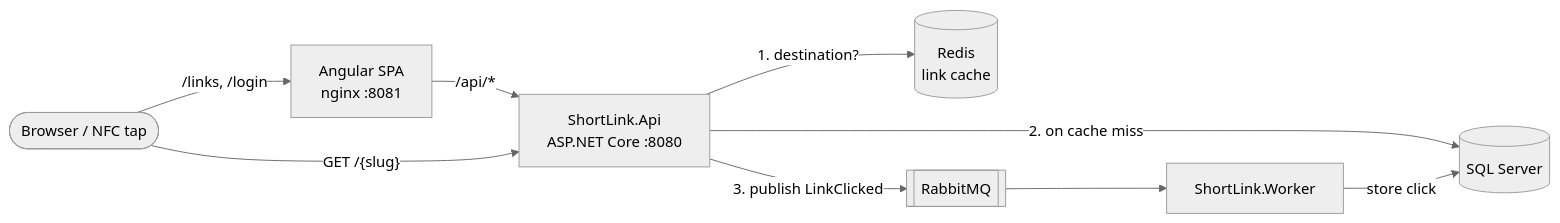
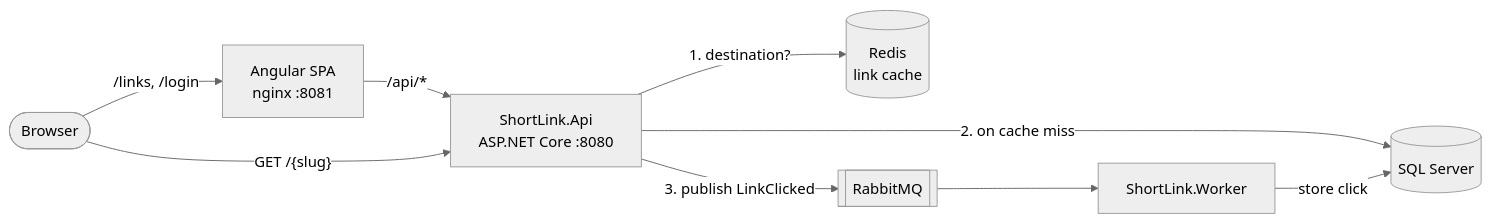
The diagram in README.md (devfilip1/NFCTrack), drawn with Mermaid (neutral theme) before and after one commit. The commit also changed other lines of this file and 1 other file, not shown here.

Commit message:
docs: focus readme on the shortener and add redirect flow animation

````diff
--- a/README.md
+++ b/README.md
@@ -25,19 +30,19 @@
 ```mermaid
 flowchart LR
-    user([Browser / NFC tap])
+    user([Browser])
     spa[Angular SPA<br/>nginx :8081]
     api[ShortLink.Api<br/>ASP.NET Core :8080]
     worker[ShortLink.Worker]
     redis[(Redis<br/>link cache)]
     sql[(SQL Server)]
     mq[[RabbitMQ]]
 
     user -- "/links, /login" --> spa
     spa -- "/api/*" --> api
     user -- "GET /{slug}" --> api
     api -- "1. destination?" --> redis
     api -- "2. on cache miss" --> sql
     api -- "3. publish LinkClicked" --> mq
     mq --> worker
     worker -- "store click" --> sql
 ```
````
